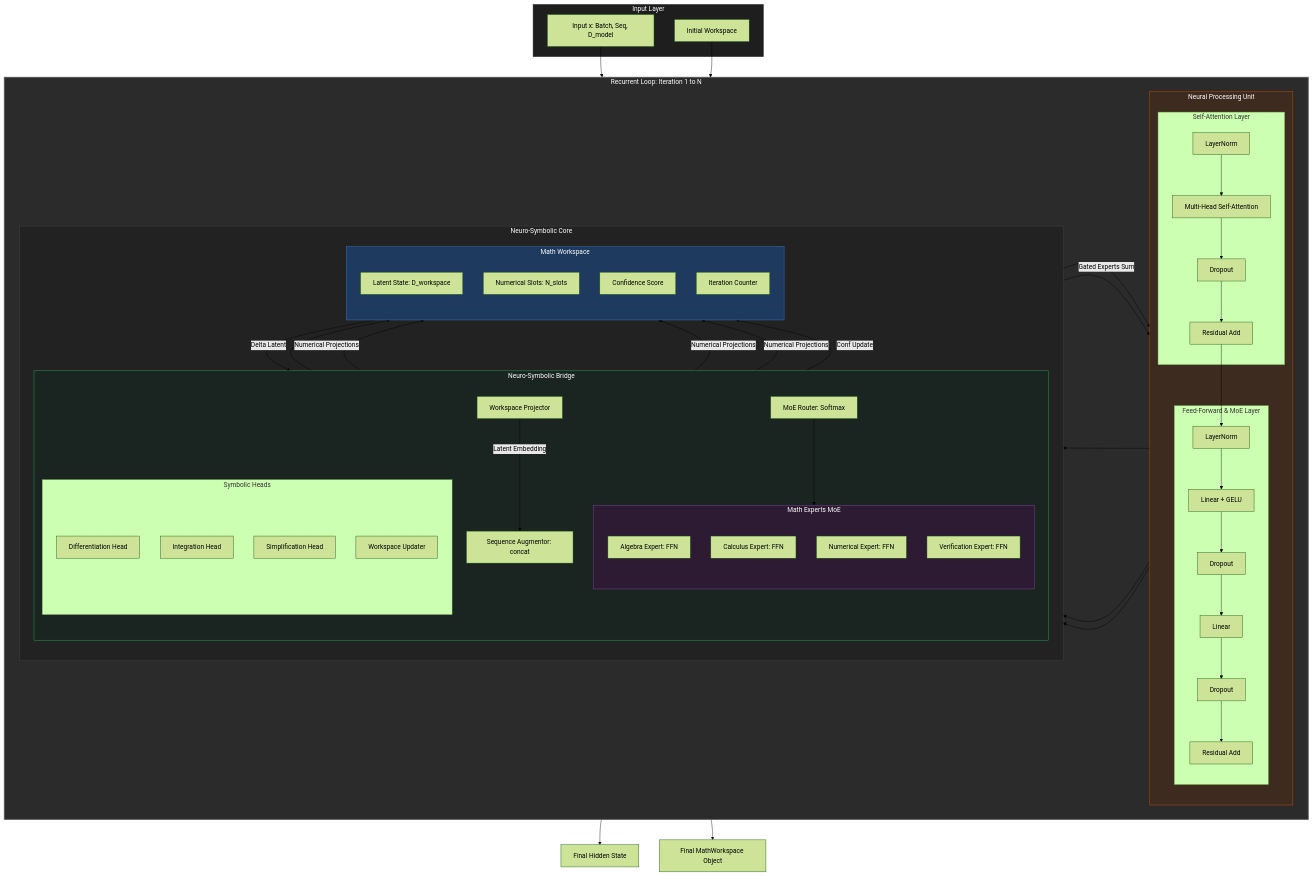
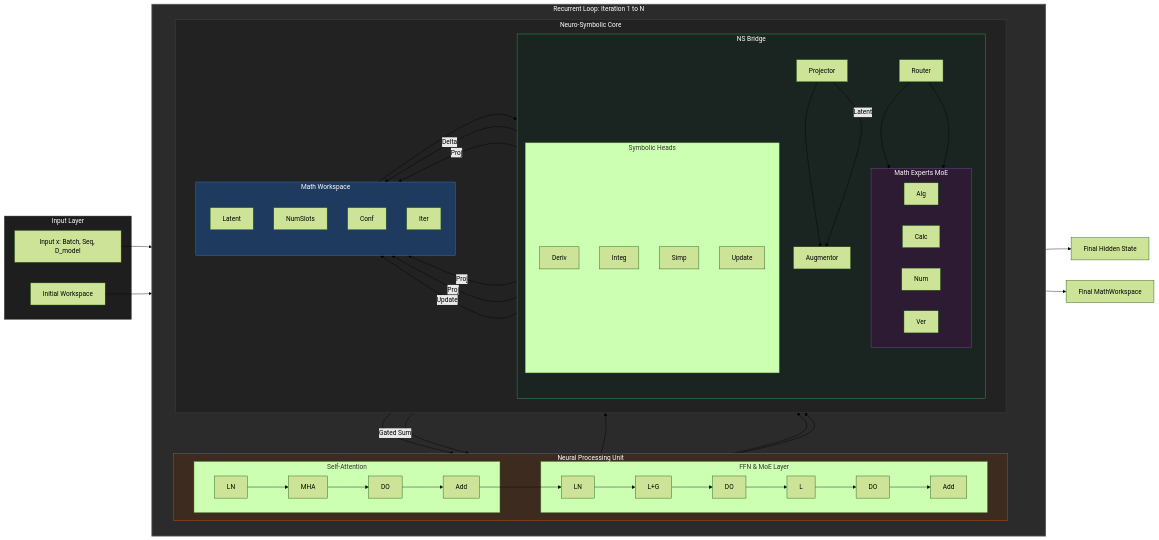
Before and after one commit to Neutron-Binary-LLC/OpenMetis: the first of 2 diagrams in README.md, drawn with Mermaid (forest theme).

Commit message:
Refactor README architecture diagram: detailed block-level structure for attention, FFN, MoE, and neuro-symbolic components

````diff
--- a/README.md
+++ b/README.md
@@ -11,5 +11,5 @@
 ```mermaid
-graph TB
+graph LR
     subgraph Input_Space [Input Layer]
         X[Input x: Batch, Seq, D_model]
         InitWS[Initial Workspace]
@@ -19,81 +19,70 @@
     InitWS --> RecurrentLoop
 
     subgraph RecurrentLoop [Recurrent Loop: Iteration 1 to N]
-        direction LR
+        direction TB
         
         subgraph Neural_Core [Neural Processing Unit]
-            direction TB
-            subgraph AttnBlock [Self-Attention Layer]
-                Norm_A[LayerNorm]
-                MHA[Multi-Head Self-Attention]
-                Drop_A[Dropout]
-                Add_A[Residual Add]
+            direction LR
+            subgraph AttnBlock [Self-Attention]
+                Norm_A[LN] --> MHA[MHA] --> Drop_A[DO] --> Add_A[Add]
             end
             
-            subgraph FFNBlock [Feed-Forward & MoE Layer]
-                Norm_F[LayerNorm]
-                Lin1[Linear + GELU]
-                Drop_F1[Dropout]
-                Lin2[Linear]
-                Drop_F2[Dropout]
-                Add_F[Residual Add]
+            subgraph FFNBlock [FFN & MoE Layer]
+                Norm_F[LN] --> Lin1[L+G] --> Drop_F1[DO] --> Lin2[L] --> Drop_F2[DO] --> Add_F[Add]
             end
             
-            Norm_A --> MHA --> Drop_A --> Add_A
             Add_A --> Norm_F
-            Norm_F --> Lin1 --> Drop_F1 --> Lin2 --> Drop_F2 --> Add_F
         end
 
         subgraph Bridge_Workspace [Neuro-Symbolic Core]
-            direction TB
-            subgraph NeuroSymbolic_Bridge [Neuro-Symbolic Bridge]
+            direction LR
+            subgraph NeuroSymbolic_Bridge [NS Bridge]
                 direction TB
-                Proj[Workspace Projector]
-                Aug[Sequence Augmentor: concat]
-                Router[MoE Router: Softmax]
+                Proj[Projector] --> Aug[Augmentor]
+                Router[Router] --> Experts
                 
                 subgraph Experts [Math Experts MoE]
-                    Alg[Algebra Expert: FFN]
-                    Calc[Calculus Expert: FFN]
-                    Num[Numerical Expert: FFN]
-                    Ver[Verification Expert: FFN]
+                    Alg[Alg]
+                    Calc[Calc]
+                    Num[Num]
+                    Ver[Ver]
                 end
                 
                 subgraph Math_Heads [Symbolic Heads]
-                    Deriv[Differentiation Head]
-                    Integ[Integration Head]
-                    Simp[Simplification Head]
-                    Update[Workspace Updater]
+                    Deriv[Deriv]
+                    Integ[Integ]
+                    Simp[Simp]
+                    Update[Update]
                 end
             end
 
             subgraph Workspace_State [Math Workspace]
                 direction TB
-                Latent[Latent State: D_workspace]
-                NumSlots[Numerical Slots: N_slots]
-                Conf[Confidence Score]
-                Iter[Iteration Counter]
+                Latent[Latent]
+                NumSlots[NumSlots]
+                Conf[Conf]
+                Iter[Iter]
             end
         end
 
         %% Connections within loop
         Workspace_State --> Proj
-        Proj -- Latent Embedding --> Aug
+        Proj -- Latent --> Aug
         Add_A --> Aug
         Aug --> FFNBlock
         
         FFNBlock --> Router
         Router --> Experts
-        Experts -- Gated Experts Sum --> Add_F
+        Experts -- Gated Sum --> Add_F
         
         Add_F --> Math_Heads
-        Update -- Delta Latent --> Latent
-        Deriv & Integ & Simp -- Numerical Projections --> NumSlots
-        Update -- Conf Update --> Conf
+        Update -- Delta --> Latent
+        Deriv & Integ & Simp -- Proj --> NumSlots
+        Update -- Update --> Conf
     end
 
     RecurrentLoop --> Output[Final Hidden State]
-    RecurrentLoop --> FinalWS[Final MathWorkspace Object]
+    RecurrentLoop --> FinalWS[Final MathWorkspace]
 
     style RecurrentLoop fill:#2b2b2b,stroke:#555,stroke-width:2px,color:#fff
     style Workspace_State fill:#1e3a5f,stroke:#3a7bd5,color:#fff
````
